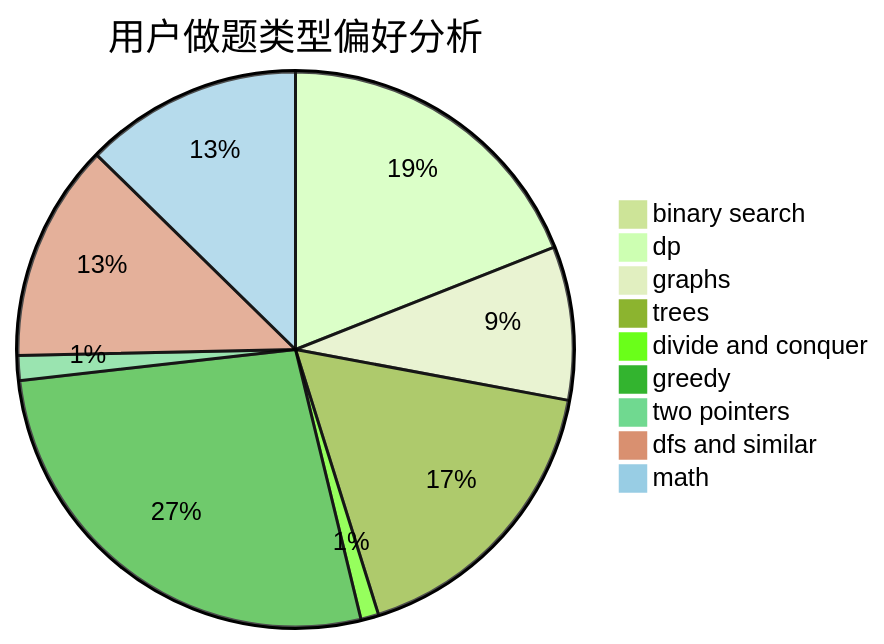
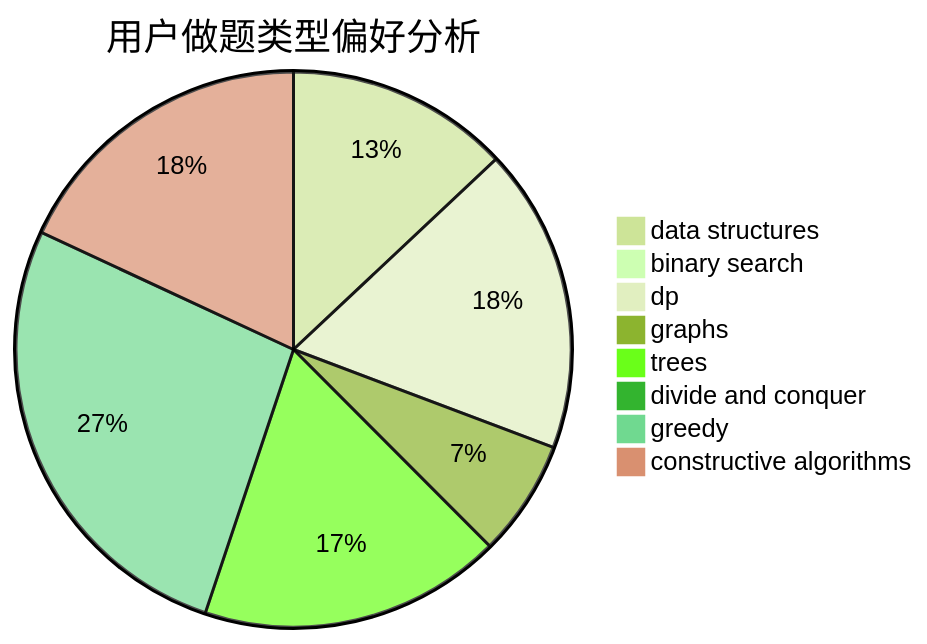
One commit to sherpahu/cfrs.github.io changed the second of 3 diagrams in docs/user/u1947.md. Above: the diagram before and after it, drawn with Mermaid (forest theme). The commit also changed other lines of this file and 2775 other files, not shown here.

````diff
--- a/docs/user/u1947.md
+++ b/docs/user/u1947.md
@@ -23,12 +23,11 @@
 ```mermaid
 pie title 用户做题类型偏好分析
-    "binary search" :  7
-    "dp" :  183
-    "graphs" :  86
-    "trees" :  166
-    "divide and conquer" :  10
-    "greedy" :  260
-    "two pointers" :  14
-    "dfs and similar" :  122
-    "math" :  122
+    "data structures" :  115
+    "binary search" :  2
+    "dp" :  157
+    "graphs" :  60
+    "trees" :  156
+    "divide and conquer" :  5
+    "greedy" :  237
+    "constructive algorithms" :  160
 ```
````
